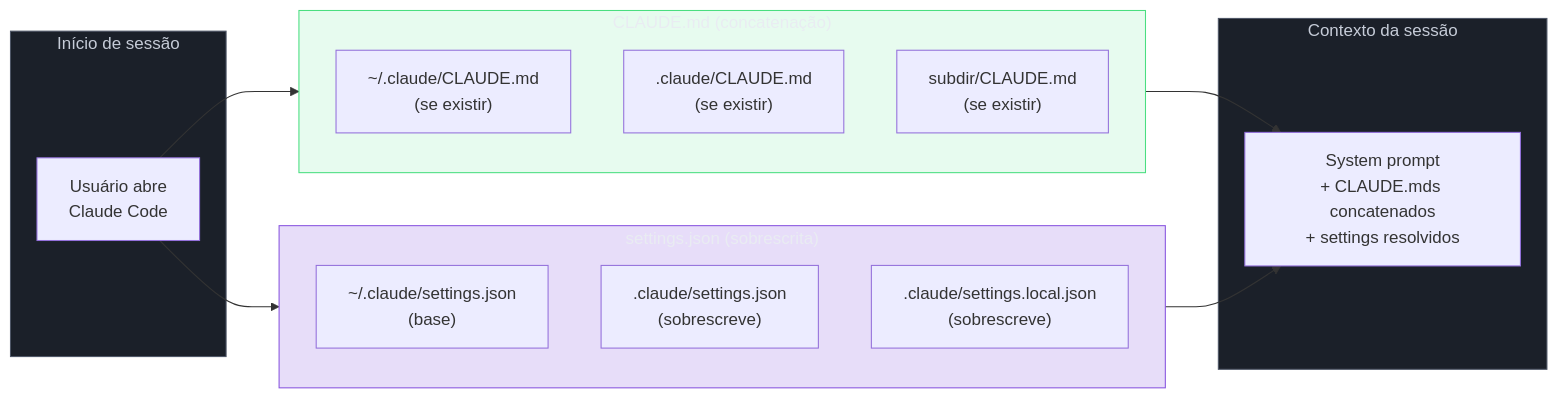
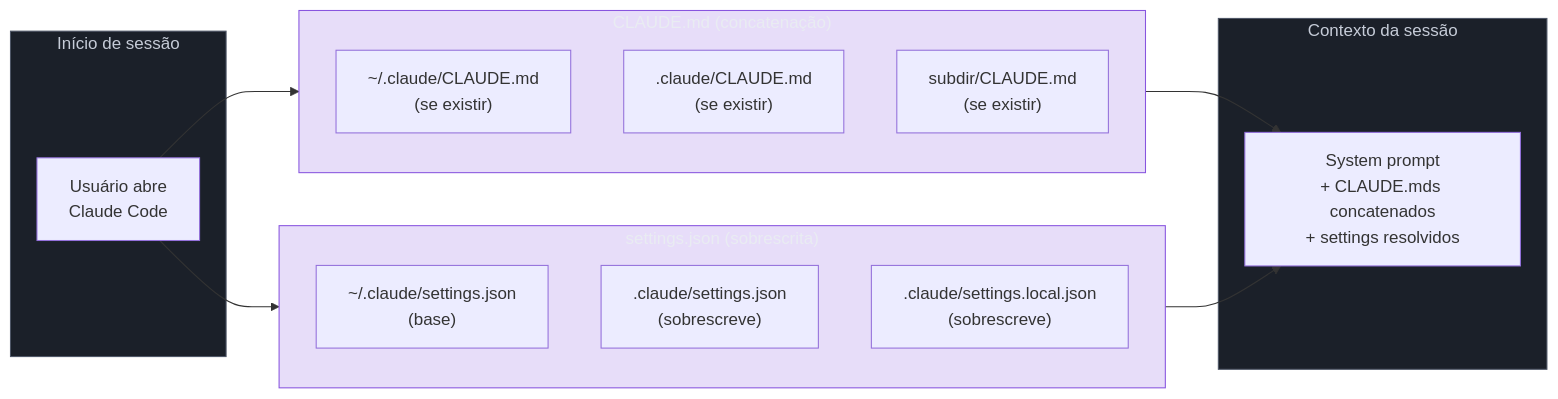
Before and after one commit to josenaldo/codex-technomanticus: the second of 2 diagrams in 03-Dominios/Tecnologia/IA/Claude Code/Configuração/01 - Hierarquia de configuração.md, drawn with Mermaid. The commit also changed other lines of this file and 601 other files, not shown here.

````diff
--- a/03-Dominios/Tecnologia/IA/Claude Code/Configuração/01 - Hierarquia de configuração.md
+++ b/03-Dominios/Tecnologia/IA/Claude Code/Configuração/01 - Hierarquia de configuração.md
@@ -261,35 +259,34 @@
 ```mermaid
 flowchart LR
     classDef neutro fill:#1B2029,stroke:#4E5666,color:#C6CCD8
-    classDef ok fill:#4ADE8021,stroke:#4ADE80,color:#E9ECF2
     classDef marca fill:#8855DF33,stroke:#8855DF,color:#E9ECF2
     subgraph Entrada["Início de sessão"]
         U["Usuário abre\nClaude Code"]
     end
 
     subgraph CLAUDE_mds["CLAUDE.md (concatenação)"]
         G1["~/.claude/CLAUDE.md\n(se existir)"]
         P1[".claude/CLAUDE.md\n(se existir)"]
         S1["subdir/CLAUDE.md\n(se existir)"]
     end
 
     subgraph Settings["settings.json (sobrescrita)"]
         G2["~/.claude/settings.json\n(base)"]
         P2[".claude/settings.json\n(sobrescreve)"]
         L2[".claude/settings.local.json\n(sobrescreve)"]
     end
 
     subgraph Resultado["Contexto da sessão"]
         CTX["System prompt\n+ CLAUDE.mds concatenados\n+ settings resolvidos"]
     end
 
     U --> CLAUDE_mds
     U --> Settings
     CLAUDE_mds --> CTX
     Settings --> CTX
 
     class Entrada neutro
-    class CLAUDE_mds ok
+    class CLAUDE_mds marca
     class Settings marca
     class Resultado neutro
 ```
````
